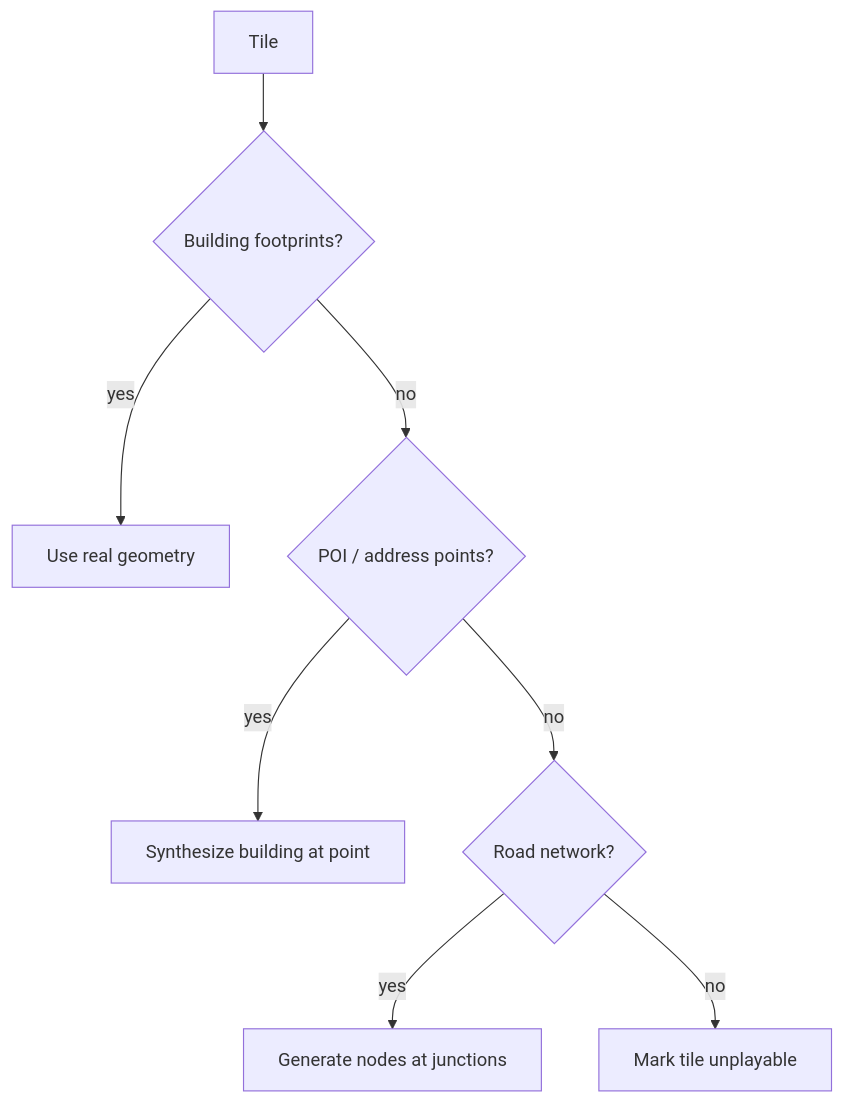
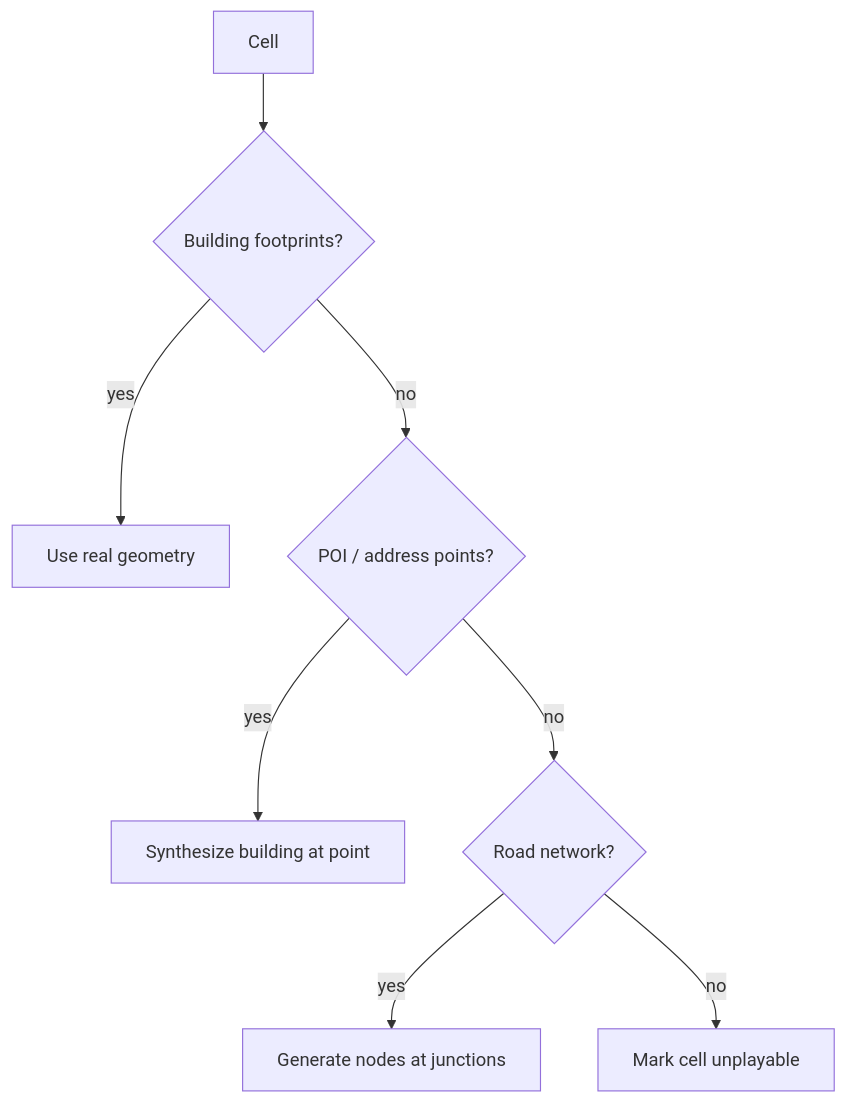
One commit to jhofer/ar-map-game changed the diagram in docs/design/world.md. Above: the diagram before and after it, drawn with Mermaid. The commit also changed other lines of this file and 30 other files, not shown here.

````diff
--- a/docs/design/world.md
+++ b/docs/design/world.md
@@ -51,10 +75,10 @@
 ```mermaid
 flowchart TD
-    T[Tile] --> A{Building footprints?}
+    T[Cell] --> A{Building footprints?}
     A -->|yes| U1[Use real geometry]
     A -->|no| B{POI / address points?}
     B -->|yes| U2[Synthesize building at point]
     B -->|no| C{Road network?}
     C -->|yes| U3[Generate nodes at junctions]
-    C -->|no| X[Mark tile unplayable]
+    C -->|no| X[Mark cell unplayable]
 ```
````
